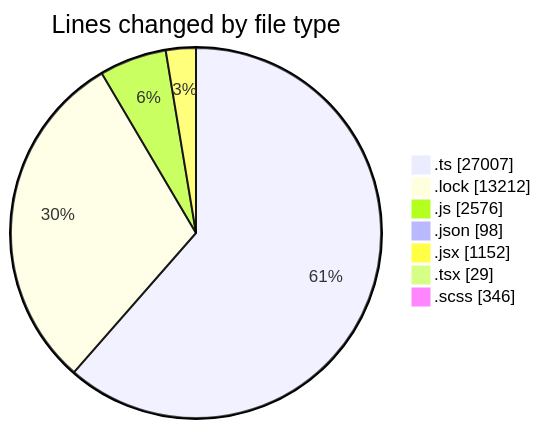
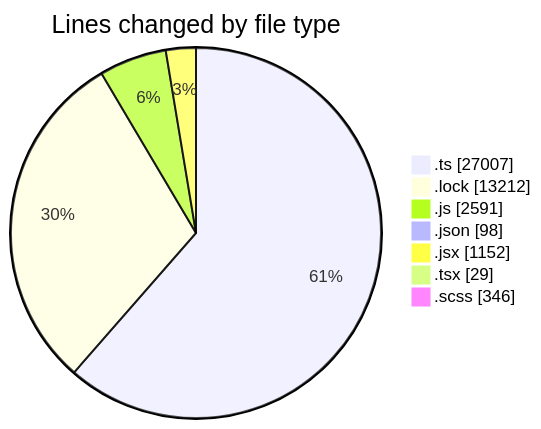
One commit to momahboobian/code-tracking changed the first of 2 diagrams in 2025-05-16/cda/README.md. Above: the diagram before and after it, drawn with Mermaid. The commit also changed other lines of this file and 1 other file, not shown here.

````diff
--- a/2025-05-16/cda/README.md
+++ b/2025-05-16/cda/README.md
@@ -47,11 +47,11 @@
 ```mermaid
 pie showData
 title Lines changed by file type
 ".ts" : 27007
 ".lock" : 13212
-".js" : 2576
+".js" : 2591
 ".json" : 98
 ".jsx" : 1152
 ".tsx" : 29
 ".scss" : 346
 ```
````
